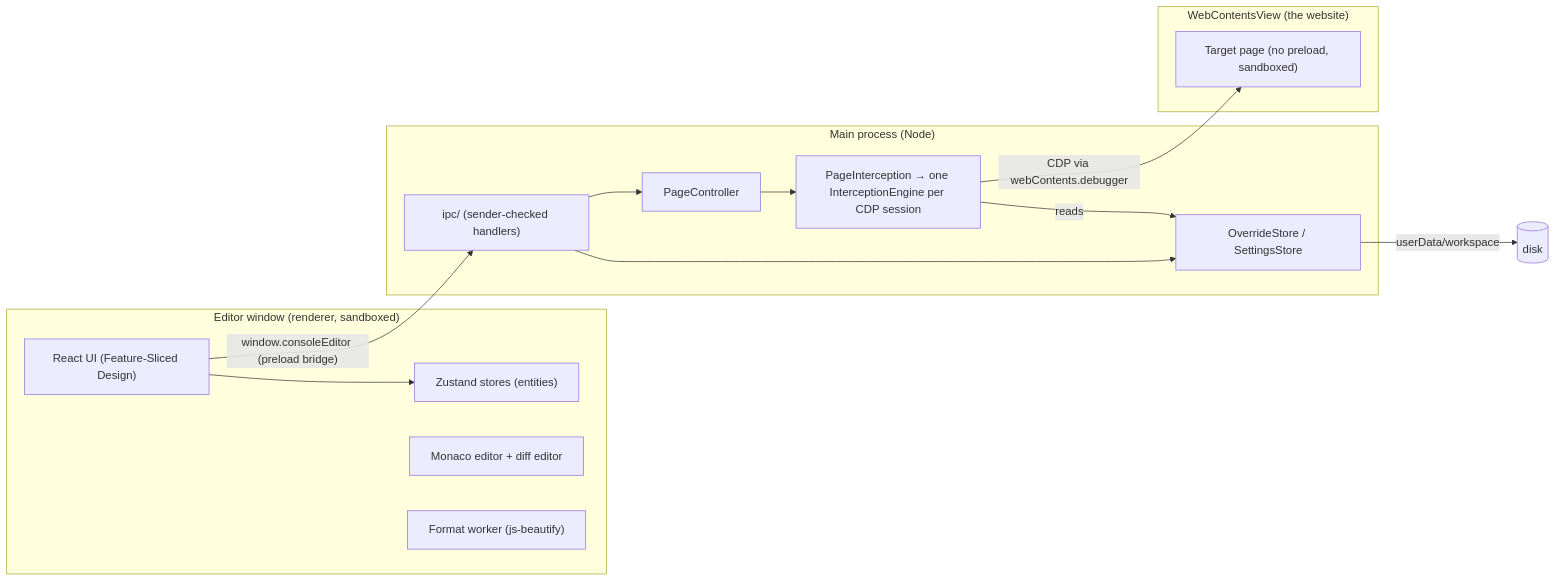
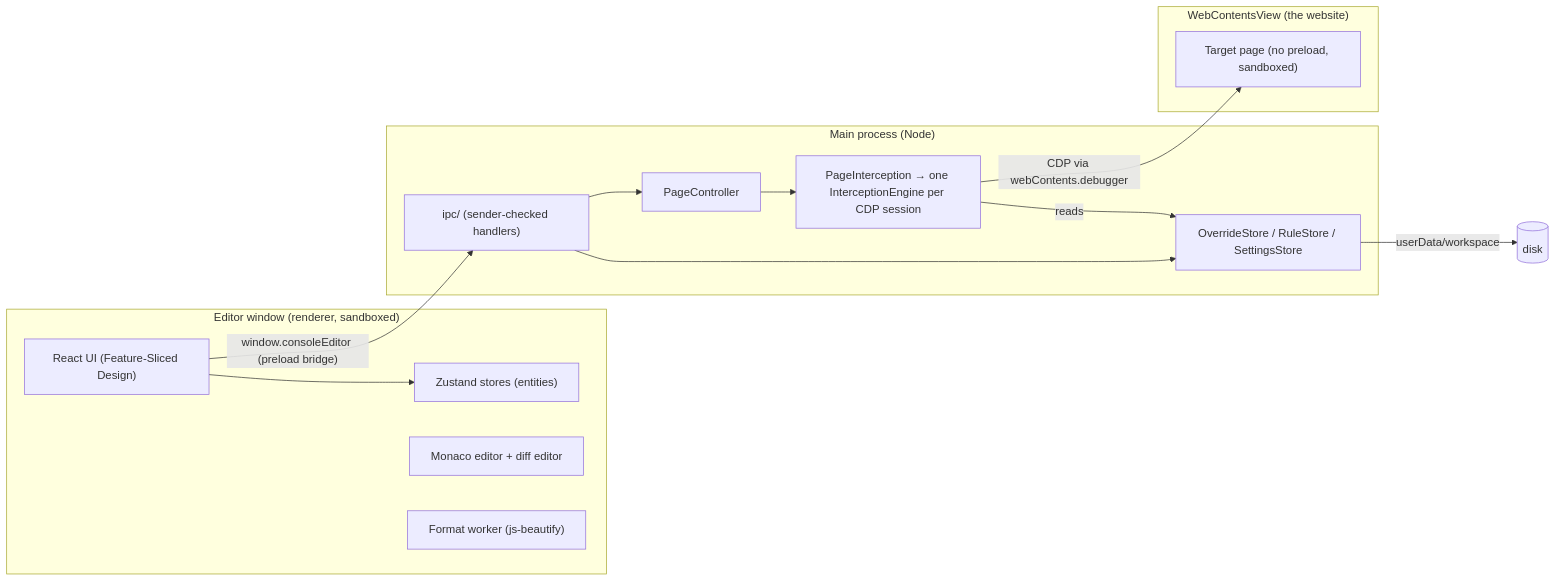
Before and after one commit to olehwebdev/console-editor: the diagram in docs/SPEC.md, drawn with Mermaid. The commit also changed other lines of this file and 4 other files, not shown here.

````diff
--- a/docs/SPEC.md
+++ b/docs/SPEC.md
@@ -40,26 +42,26 @@
 ```mermaid
 flowchart LR
   subgraph Renderer["Editor window (renderer, sandboxed)"]
     UI["React UI (Feature-Sliced Design)"]
     State["Zustand stores (entities)"]
     Monaco["Monaco editor + diff editor"]
     Fmt["Format worker (js-beautify)"]
   end
   subgraph Main["Main process (Node)"]
     IPC["ipc/ (sender-checked handlers)"]
     PC["PageController"]
     Engine["PageInterception → one InterceptionEngine per CDP session"]
-    Store["OverrideStore / SettingsStore"]
+    Store["OverrideStore / RuleStore / SettingsStore"]
   end
   subgraph View["WebContentsView (the website)"]
     Site["Target page (no preload, sandboxed)"]
   end
   UI --> State
   UI -- "window.consoleEditor (preload bridge)" --> IPC
   IPC --> PC
   IPC --> Store
   PC --> Engine
   Engine -- "CDP via webContents.debugger" --> Site
   Engine -- reads --> Store
   Store -- "userData/workspace" --> Disk[(disk)]
 ```
````
